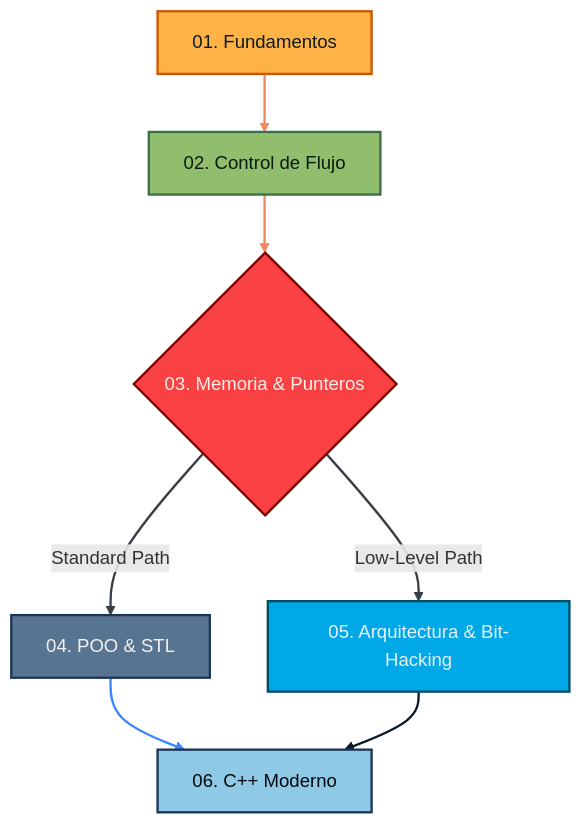
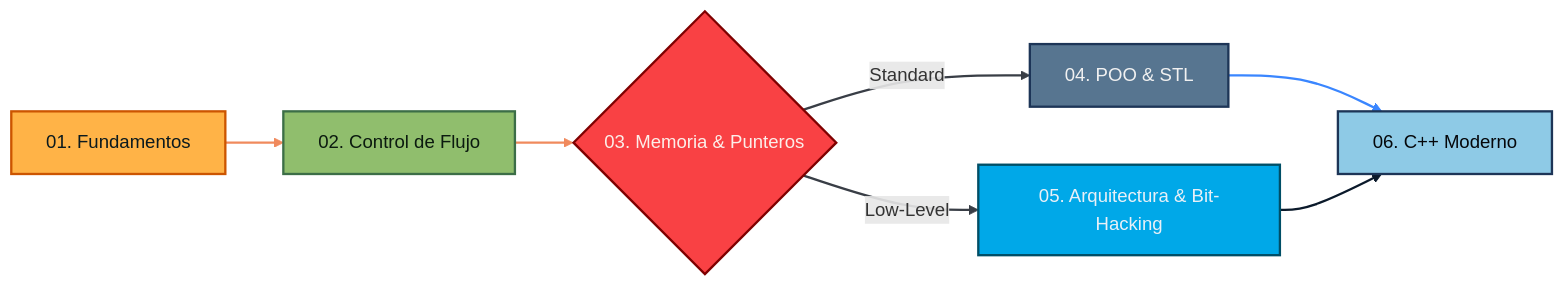
The diagram in README.md (MarvinCif/Portafolio_C_mas_mas), drawn with Mermaid before and after one commit.

Commit message:
Portafolio-C++: 1 cambio(s)\n\nCambios:\n- Modified: README.md\n

````diff
--- a/README.md
+++ b/README.md
@@ -26,31 +26,31 @@
 ```mermaid
-%%{init: {'theme': 'base', 'flowchart': {'useMaxWidth': true, 'nodeSpacing': 5, 'rankSpacing': 8}, 'themeVariables': {
+%%{init: {'theme': 'base', 'flowchart': {'useMaxWidth': true, 'nodeSpacing': 10, 'rankSpacing': 20}, 'themeVariables': {
   'fontFamily': '"Fira Code", "DejaVu Sans Mono", monospace',
-  'fontSize': '9px',
-  'nodePadding': '3',
+  'fontSize': '10px',
+  'nodePadding': '4',
   'primaryColor': '#ff6f61',
   'edgeLabelBackground': '#0b1a2b',
   'edgeLabelColor': '#f1faee',
   'clusterBkg': '#1d3557',
   'tertiaryColor': '#2a9d8f'
 }}}%%
-graph TD;
+graph LR;
   A[01. Fundamentos] --> B[02. Control de Flujo];
-  B --> C{03. Memoria & Punteros};
-  C -->|Standard Path| D[04. POO & STL];
-  C -->|Low-Level Path| E[05. Arquitectura & Bit-Hacking];
+  B --> C{"03. Memoria & Punteros"};
+  C -->|Standard| D["04. POO & STL"];
+  C -->|Low-Level| E["05. Arquitectura & Bit-Hacking"];
   D --> F[06. C++ Moderno];
   E --> F;
   style A fill:#ffb347,stroke:#cc5500,stroke-width:2px,color:#0b1a1e
   style B fill:#90be6d,stroke:#3c6e47,stroke-width:2px,color:#0b1a0f
   style C fill:#f94144,stroke:#7f0000,stroke-width:2px,color:#fceee9
   style D fill:#577590,stroke:#1d3557,stroke-width:2px,color:#f1f1f1
   style E fill:#00a8e8,stroke:#004e66,stroke-width:2px,color:#e9f0f7
   style F fill:#8ecae6,stroke:#1d3557,stroke-width:2px,color:#05070a
   linkStyle 0 stroke:#f08a5d,stroke-width:2px;
   linkStyle 1 stroke:#f08a5d,stroke-width:2px;
   linkStyle 2 stroke:#393e46,stroke-width:2px;
   linkStyle 3 stroke:#393e46,stroke-width:2px;
   linkStyle 4 stroke:#3a86ff,stroke-width:2px;
   linkStyle 5 stroke:#0b1a2b,stroke-width:2px;
 ```
````
